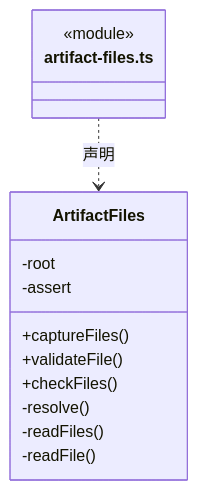
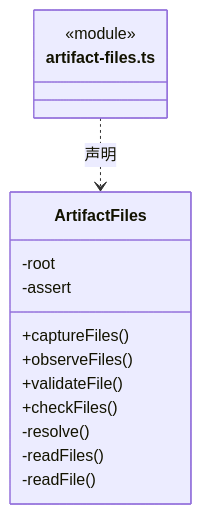
The second of 8 diagrams in src/backend/main/platform/ARCHITECTURE.md (nan023062/cbim), drawn with Mermaid before and after one commit. The commit also changed other lines of this file and 96 other files, not shown here.

````diff
--- a/src/backend/main/platform/ARCHITECTURE.md
+++ b/src/backend/main/platform/ARCHITECTURE.md
@@ -33,17 +33,18 @@
 ```mermaid
 classDiagram
 class N_src_backend_main_platform_artifact_files_ts["artifact-files.ts"] {
   <<module>>
 }
 class N_src_backend_main_platform_artifact_files_ts_ArtifactFiles["ArtifactFiles"] {
   +captureFiles()
+  +observeFiles()
   +validateFile()
   +checkFiles()
   -root
   -assert
   -resolve()
   -readFiles()
   -readFile()
 }
 N_src_backend_main_platform_artifact_files_ts ..> N_src_backend_main_platform_artifact_files_ts_ArtifactFiles : 声明
 ```
````
